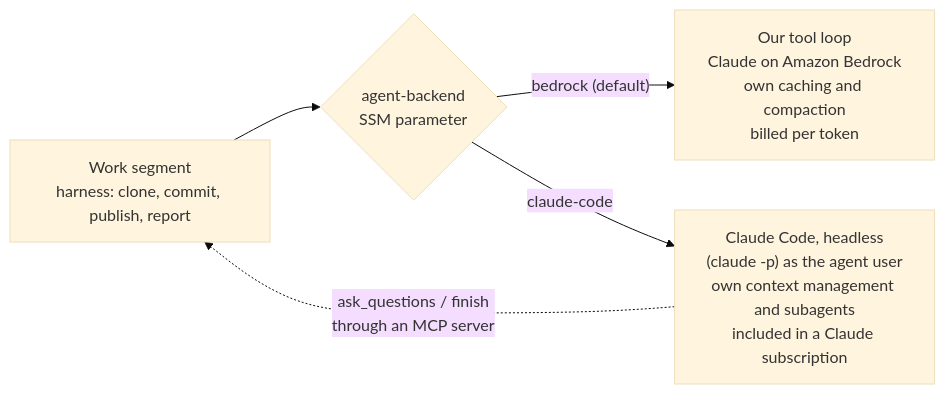
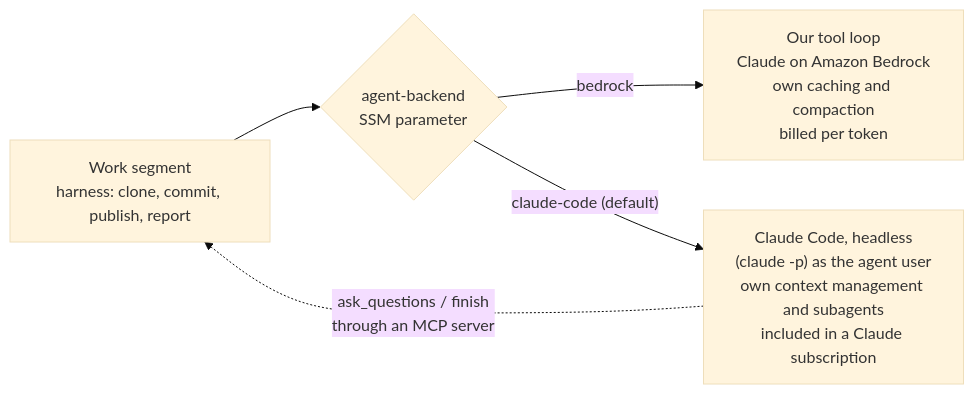
One commit to mbonig/ai-developer-agent changed the seventh of 8 diagrams in README.md. Above: the diagram before and after it, drawn with Mermaid (base theme). The commit also changed other lines of this file and 11 other files, not shown here.

First line of the commit message:
Default the agent to Claude Code on a subscription, with a doubled token budget (#16)

````diff
--- a/README.md
+++ b/README.md
@@ -249,7 +249,7 @@
 ```mermaid
 flowchart LR
     SEG[Work segment<br/>harness: clone, commit, publish, report] --> B{agent-backend<br/>SSM parameter}
-    B -->|"bedrock (default)"| BR["Our tool loop<br/>Claude on Amazon Bedrock<br/>own caching and compaction<br/>billed per token"]
-    B -->|claude-code| CC["Claude Code, headless<br/>(claude -p) as the agent user<br/>own context management and subagents<br/>included in a Claude subscription"]
+    B -->|bedrock| BR["Our tool loop<br/>Claude on Amazon Bedrock<br/>own caching and compaction<br/>billed per token"]
+    B -->|"claude-code (default)"| CC["Claude Code, headless<br/>(claude -p) as the agent user<br/>own context management and subagents<br/>included in a Claude subscription"]
     CC -. "ask_questions / finish<br/>through an MCP server" .-> SEG
 ```
````
